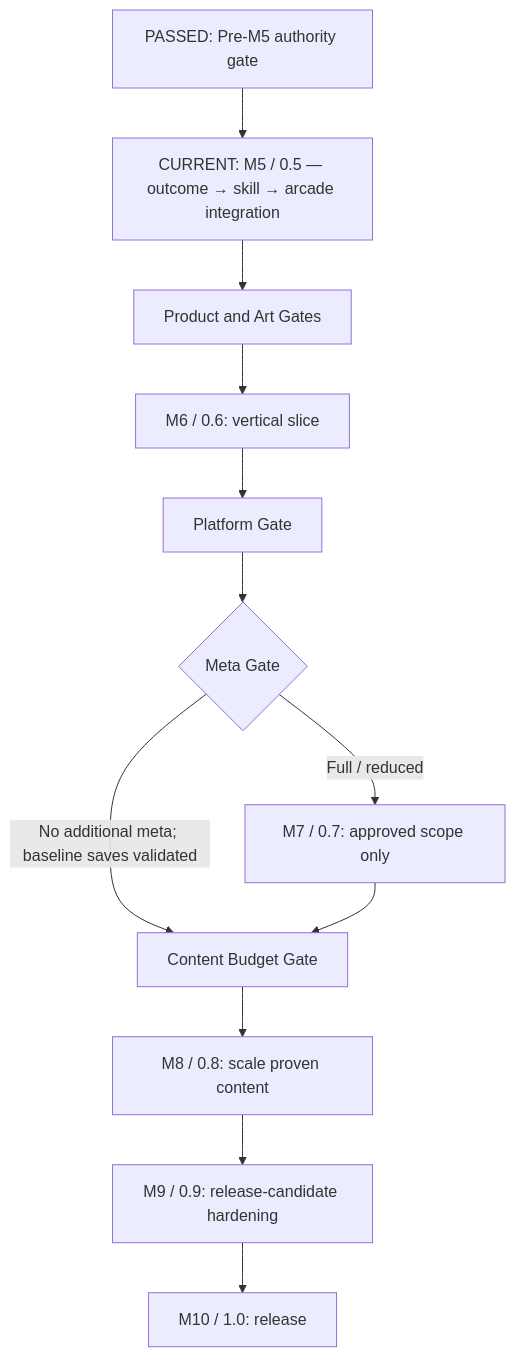
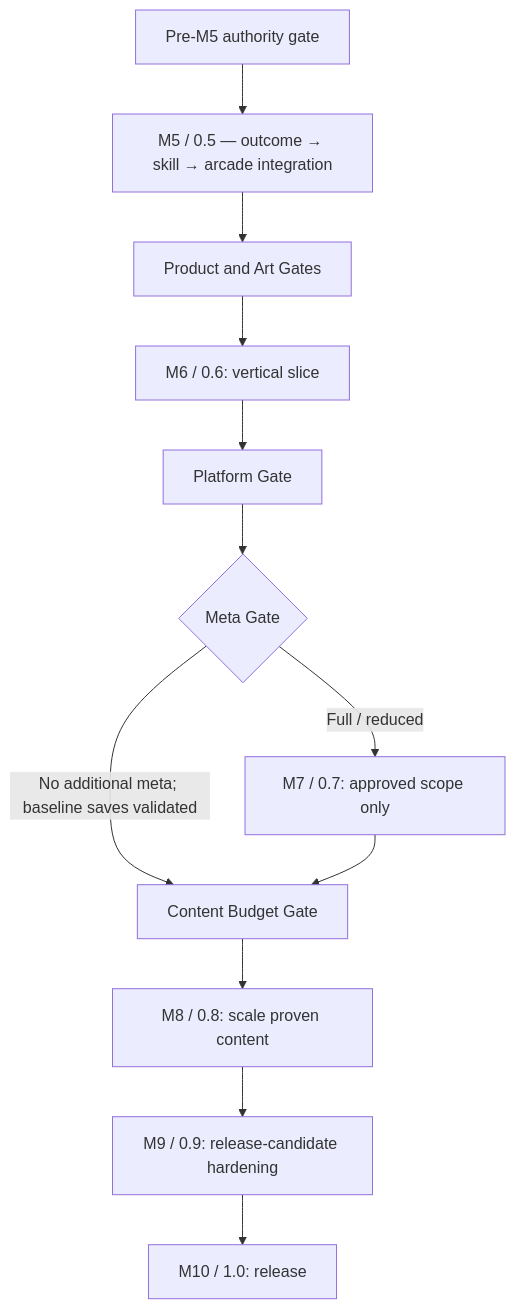
One commit to bongohorse/monster-girl-delivery changed the diagram in docs/ROADMAP.md. Above: the diagram before and after it, drawn with Mermaid. The commit also changed other lines of this file, not shown here.

Commit message:
docs: make roadmap status links non-volatile

````diff
--- a/docs/ROADMAP.md
+++ b/docs/ROADMAP.md
@@ -623,14 +622,14 @@
 ```mermaid
 flowchart TD
-  PRE["PASSED: Pre-M5 authority gate"] --> M5["CURRENT: M5 / 0.5 — outcome → skill → arcade integration"]
+  PRE["Pre-M5 authority gate"] --> M5["M5 / 0.5 — outcome → skill → arcade integration"]
   M5 --> PRODUCT["Product and Art Gates"]
   PRODUCT --> M6["M6 / 0.6: vertical slice"]
   M6 --> PLATFORM["Platform Gate"]
   PLATFORM --> META{"Meta Gate"}
   META -->|"Full / reduced"| M7["M7 / 0.7: approved scope only"]
   META -->|"No additional meta; baseline saves validated"| BUDGET["Content Budget Gate"]
   M7 --> BUDGET
   BUDGET --> M8["M8 / 0.8: scale proven content"]
   M8 --> M9["M9 / 0.9: release-candidate hardening"]
   M9 --> M10["M10 / 1.0: release"]
 ```
````
